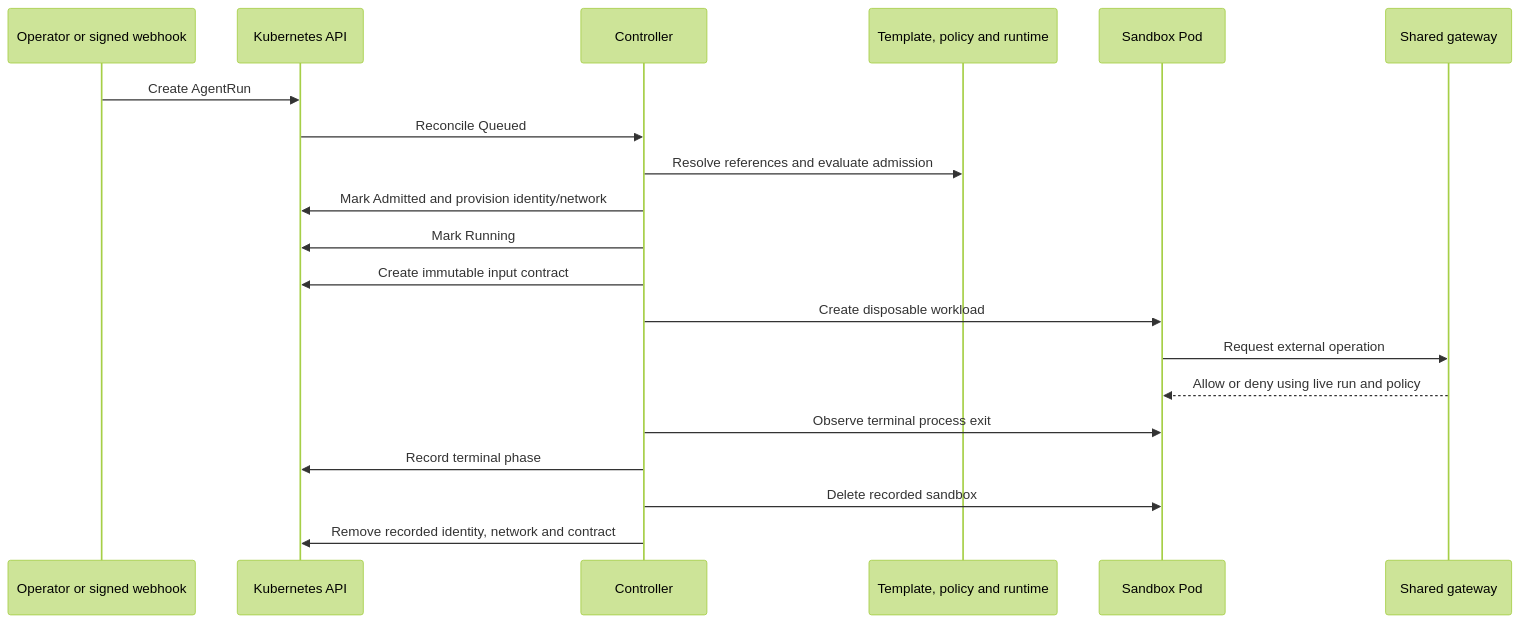
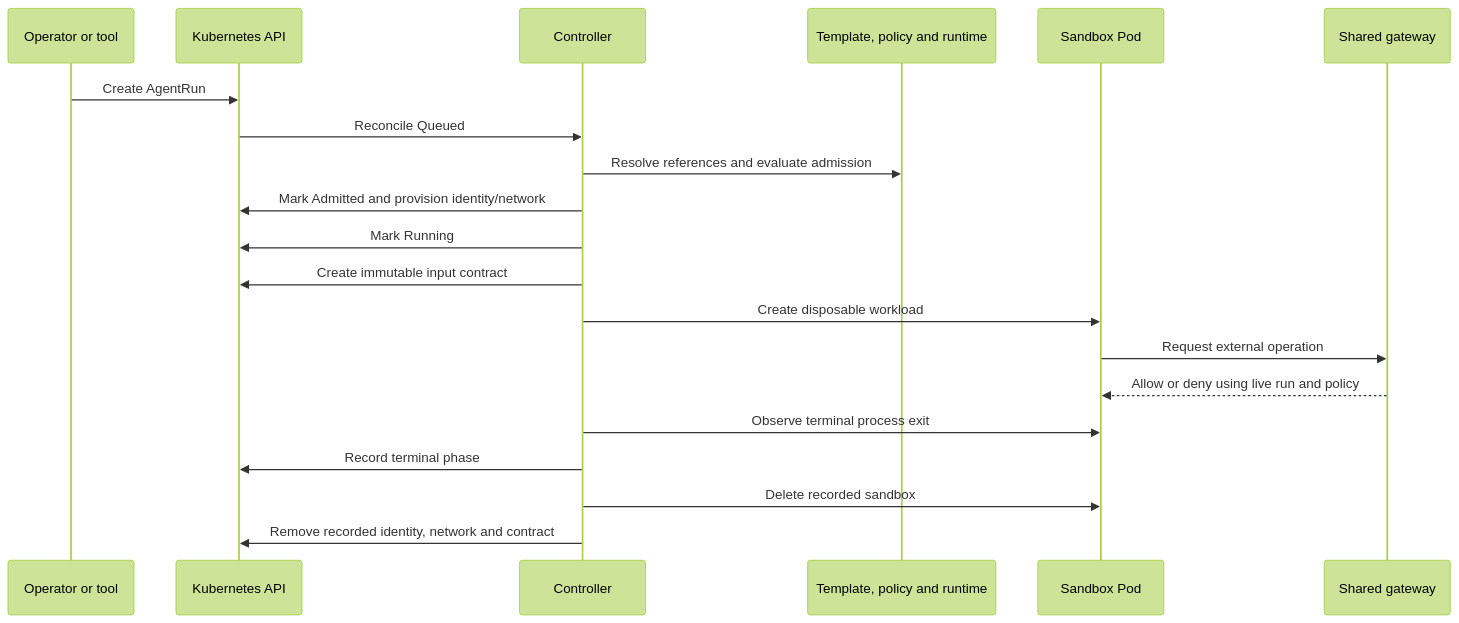
One commit to andrewmccall/sproozi changed the diagram in docs/explanations/run-lifecycle.md. Above: the diagram before and after it, drawn with Mermaid (forest theme). The commit also changed other lines of this file and 269 other files, not shown here.

````diff
--- a/docs/explanations/run-lifecycle.md
+++ b/docs/explanations/run-lifecycle.md
@@ -11,22 +11,22 @@
 ```mermaid
 sequenceDiagram
-    participant Caller as Operator or signed webhook
+    participant Caller as Operator or tool
     participant API as Kubernetes API
     participant Ctrl as Controller
     participant Policy as Template, policy and runtime
     participant Pod as Sandbox Pod
     participant Gateway as Shared gateway
     Caller->>API: Create AgentRun
     API->>Ctrl: Reconcile Queued
     Ctrl->>Policy: Resolve references and evaluate admission
     Ctrl->>API: Mark Admitted and provision identity/network
     Ctrl->>API: Mark Running
     Ctrl->>API: Create immutable input contract
     Ctrl->>Pod: Create disposable workload
     Pod->>Gateway: Request external operation
     Gateway-->>Pod: Allow or deny using live run and policy
     Ctrl->>Pod: Observe terminal process exit
     Ctrl->>API: Record terminal phase
     Ctrl->>Pod: Delete recorded sandbox
     Ctrl->>API: Remove recorded identity, network and contract
 ```
````
